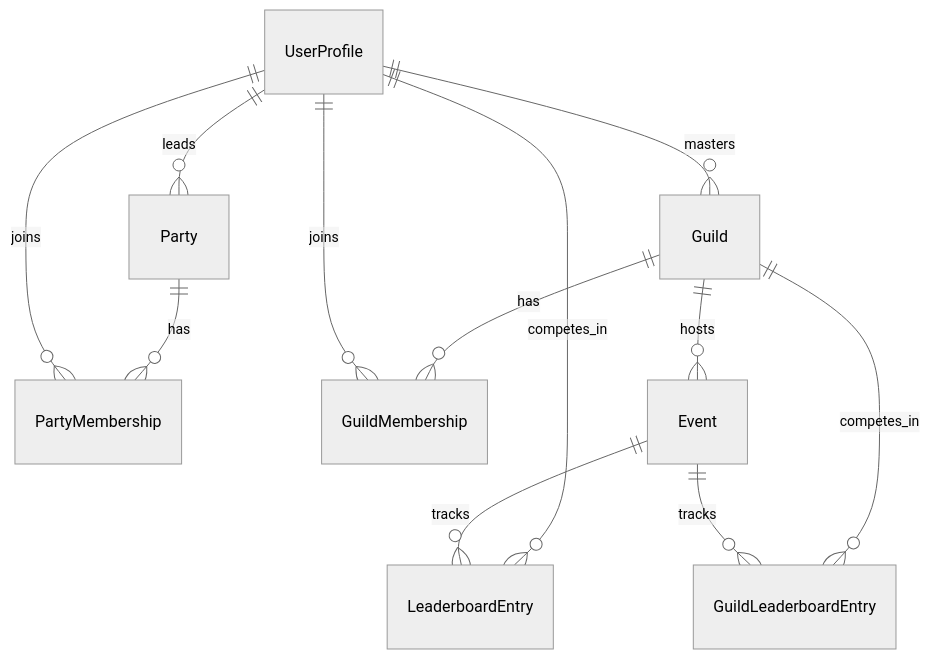
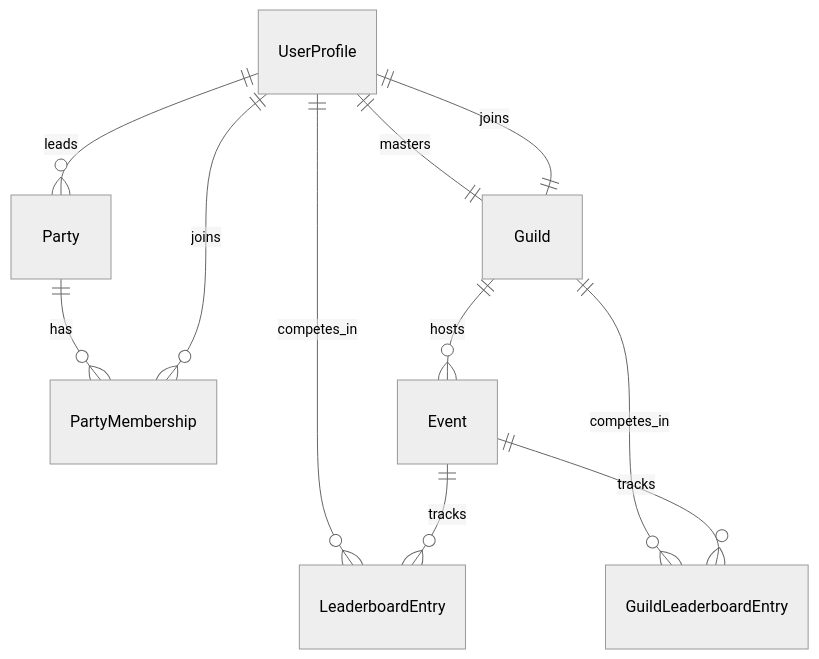
Before and after one commit to FA25SE050-RogueLearn/RogueLearn.BMAD.Documentation: the diagram in mermaid-diagrams/erd/social-service-erd.md, drawn with Mermaid (neutral theme). The commit also changed 6 other files, not shown here.

````diff
--- a/mermaid-diagrams/erd/social-service-erd.md
+++ b/mermaid-diagrams/erd/social-service-erd.md
@@ -5,14 +5,13 @@
 ```mermaid
 erDiagram
-    UserProfile ||--o{ Party : "leads"
-    Party ||--o{ PartyMembership : "has"
-    UserProfile ||--o{ PartyMembership : "joins"
-    UserProfile ||--o{ Guild : "masters"
-    Guild ||--o{ GuildMembership : "has"
-    UserProfile ||--o{ GuildMembership : "joins"
-    Guild ||--o{ Event : "hosts"
-    UserProfile ||--o{ LeaderboardEntry : "competes_in"
-    Event ||--o{ LeaderboardEntry : "tracks"
-    Guild ||--o{ GuildLeaderboardEntry : "competes_in"
-    Event ||--o{ GuildLeaderboardEntry : "tracks"
+    UserProfile ||--o{ Party : leads
+    Party ||--o{ PartyMembership : has
+    UserProfile ||--o{ PartyMembership : joins
+    UserProfile ||--|| Guild : masters
+    UserProfile ||--|| Guild : joins
+    Guild ||--o{ Event : hosts
+    UserProfile ||--o{ LeaderboardEntry : competes_in
+    Event ||--o{ LeaderboardEntry : tracks
+    Guild ||--o{ GuildLeaderboardEntry : competes_in
+    Event ||--o{ GuildLeaderboardEntry : tracks
 ```
````
